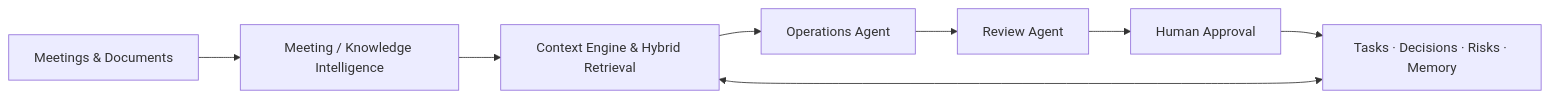
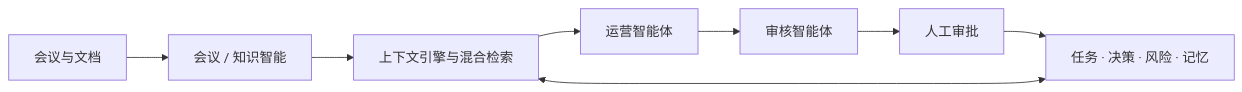
One commit to zqf20096327/ai_collect changed the diagram in data/readmes/Router0824__OpsPilot-AI.md. Above: the diagram before and after it, drawn with Mermaid. The commit also changed other lines of this file and 2708 other files, not shown here.

````diff
--- a/data/readmes/Router0824__OpsPilot-AI.md
+++ b/data/readmes/Router0824__OpsPilot-AI.md
@@ -105,10 +105,10 @@
 ```mermaid
 flowchart LR
-    Inputs[Meetings & Documents] --> Intelligence[Meeting / Knowledge Intelligence]
-    Intelligence --> Context[Context Engine & Hybrid Retrieval]
-    State[Tasks · Decisions · Risks · Memory] <--> Context
-    Context --> Operations[Operations Agent]
-    Operations --> Review[Review Agent]
-    Review --> Human[Human Approval]
+    Inputs[会议与文档] --> Intelligence[会议 / 知识智能]
+    Intelligence --> Context[上下文引擎与混合检索]
+    State[任务 · 决策 · 风险 · 记忆] <--> Context
+    Context --> Operations[运营智能体]
+    Operations --> Review[审核智能体]
+    Review --> Human[人工审批]
     Human --> State
 ```
````
